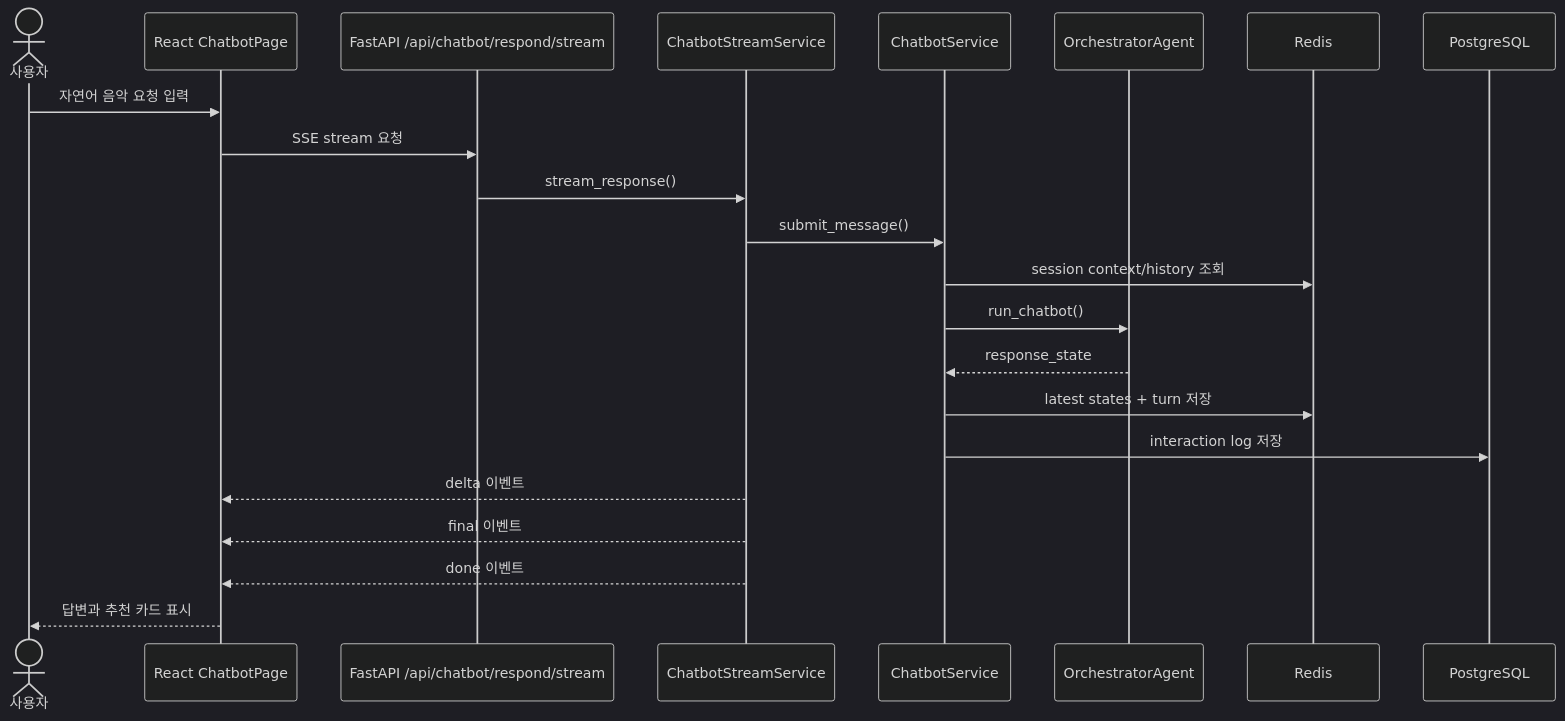
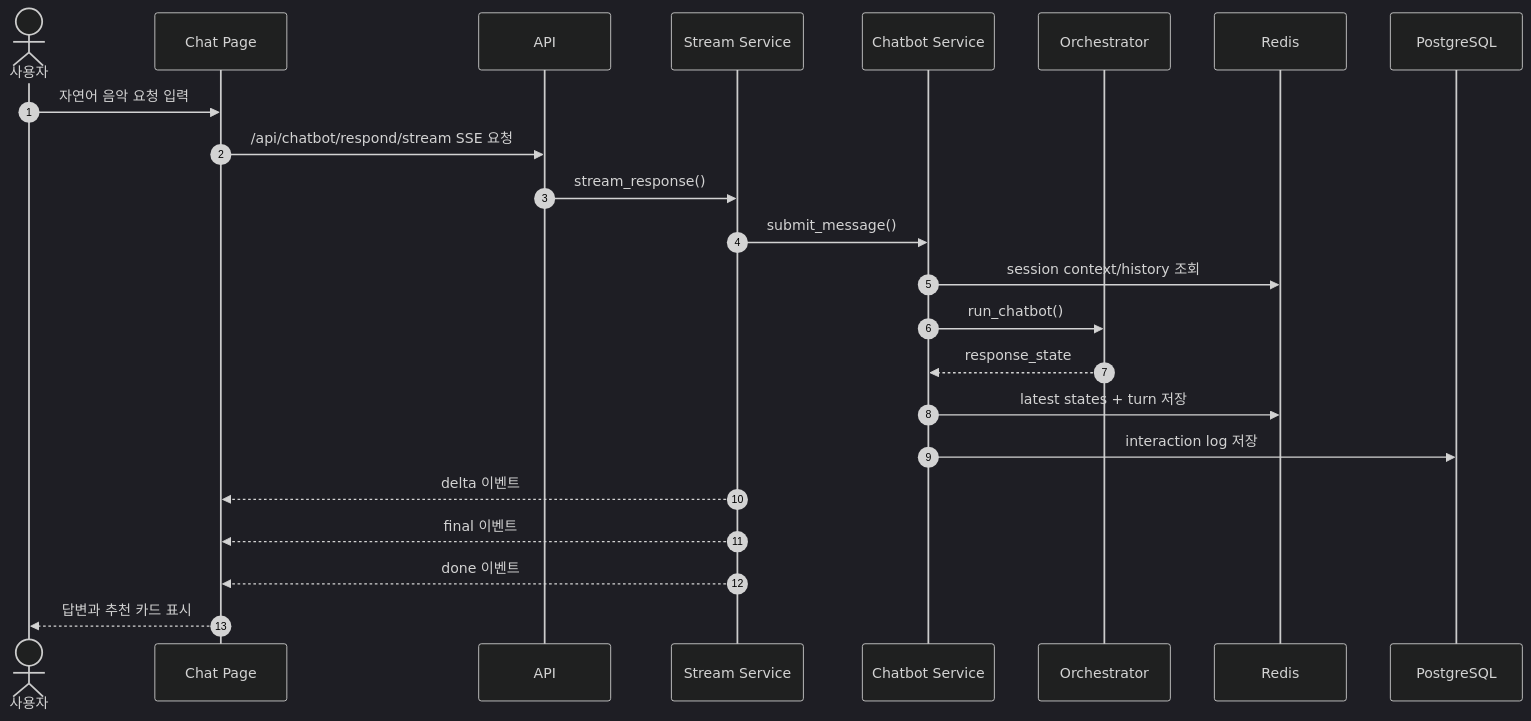
The ninth of 12 diagrams in README.md (SKNETWORKS-FAMILY-AICAMP/SKN27-3rd-2TEAM), drawn with Mermaid (dark theme) before and after one commit. The commit also changed other lines of this file, not shown here.

Commit message:
업로드 시퀀스 다이어그램

````diff
--- a/README.md
+++ b/README.md
@@ -446,25 +447,26 @@
 ```mermaid
 sequenceDiagram
+    autonumber
     actor User as 사용자
-    participant FE as React ChatbotPage
-    participant API as FastAPI /api/chatbot/respond/stream
-    participant SVC as ChatbotStreamService
-    participant BOT as ChatbotService
-    participant ORCH as OrchestratorAgent
-    participant Redis as Redis
-    participant PG as PostgreSQL
+    participant FE as Chat Page
+    participant API as API
+    participant Stream as Stream Service
+    participant BOT as Chatbot Service
+    participant ORCH as Orchestrator
+    participant Cache as Redis
+    participant DB as PostgreSQL
 
     User->>FE: 자연어 음악 요청 입력
-    FE->>API: SSE stream 요청
-    API->>SVC: stream_response()
-    SVC->>BOT: submit_message()
-    BOT->>Redis: session context/history 조회
+    FE->>API: /api/chatbot/respond/stream SSE 요청
+    API->>Stream: stream_response()
+    Stream->>BOT: submit_message()
+    BOT->>Cache: session context/history 조회
     BOT->>ORCH: run_chatbot()
     ORCH-->>BOT: response_state
-    BOT->>Redis: latest states + turn 저장
-    BOT->>PG: interaction log 저장
-    SVC-->>FE: delta 이벤트
-    SVC-->>FE: final 이벤트
-    SVC-->>FE: done 이벤트
+    BOT->>Cache: latest states + turn 저장
+    BOT->>DB: interaction log 저장
+    Stream-->>FE: delta 이벤트
+    Stream-->>FE: final 이벤트
+    Stream-->>FE: done 이벤트
     FE-->>User: 답변과 추천 카드 표시
 ```
````
